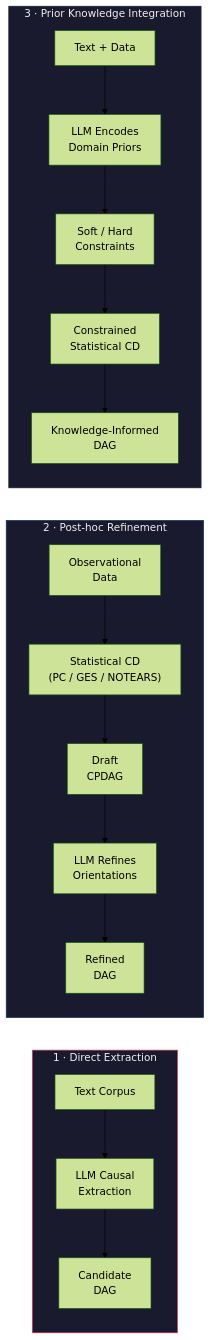
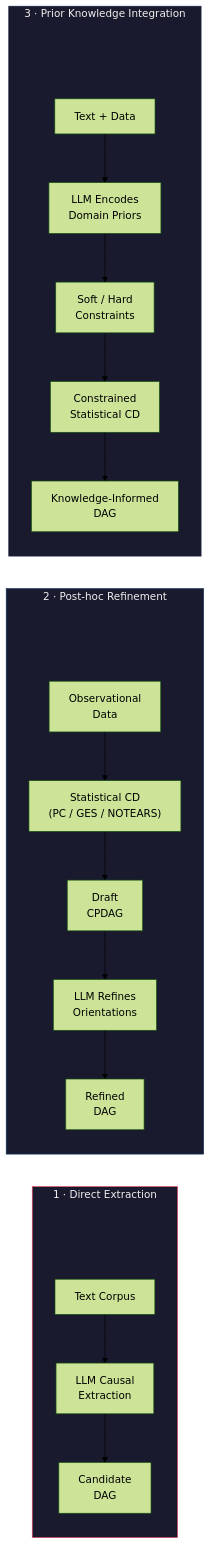
Before and after one commit to dimitarpg13/agentic_architectures_and_design_patterns: the first of 12 diagrams in notebooks/causal_inference/building_causal_DAG.md, drawn with Mermaid (forest theme).

Commit message:
update md

````diff
--- a/notebooks/causal_inference/building_causal_DAG.md
+++ b/notebooks/causal_inference/building_causal_DAG.md
@@ -19,28 +19,34 @@
 ```mermaid
 graph LR
     subgraph Paradigm1["1 · Direct Extraction"]
         direction TB
-        T1[Text Corpus] --> LLM1["LLM Causal<br/>Extraction"]
+        P1_pad[ ] ~~~ T1
+        T1["Text Corpus"] --> LLM1["LLM Causal<br/>Extraction"]
         LLM1 --> G1["Candidate<br/>DAG"]
     end
 
     subgraph Paradigm2["2 · Post-hoc Refinement"]
         direction TB
-        D2[Observational<br/>Data] --> STAT["Statistical CD<br/>(PC / GES / NOTEARS)"]
+        P2_pad[ ] ~~~ D2
+        D2["Observational<br/>Data"] --> STAT["Statistical CD<br/>(PC / GES / NOTEARS)"]
         STAT --> DRAFT["Draft<br/>CPDAG"]
         DRAFT --> LLM2["LLM Refines<br/>Orientations"]
         LLM2 --> G2["Refined<br/>DAG"]
     end
 
     subgraph Paradigm3["3 · Prior Knowledge Integration"]
         direction TB
-        T3[Text + Data] --> LLM3["LLM Encodes<br/>Domain Priors"]
+        P3_pad[ ] ~~~ T3
+        T3["Text + Data"] --> LLM3["LLM Encodes<br/>Domain Priors"]
         LLM3 --> PRIOR["Soft / Hard<br/>Constraints"]
         PRIOR --> STAT3["Constrained<br/>Statistical CD"]
         STAT3 --> G3["Knowledge-Informed<br/>DAG"]
     end
 
+    style P1_pad fill:none,stroke:none,color:none
+    style P2_pad fill:none,stroke:none,color:none
+    style P3_pad fill:none,stroke:none,color:none
     style Paradigm1 fill:#1a1a2e,stroke:#e94560,color:#eee
     style Paradigm2 fill:#1a1a2e,stroke:#0f3460,color:#eee
     style Paradigm3 fill:#1a1a2e,stroke:#16213e,color:#eee
 ```
````
